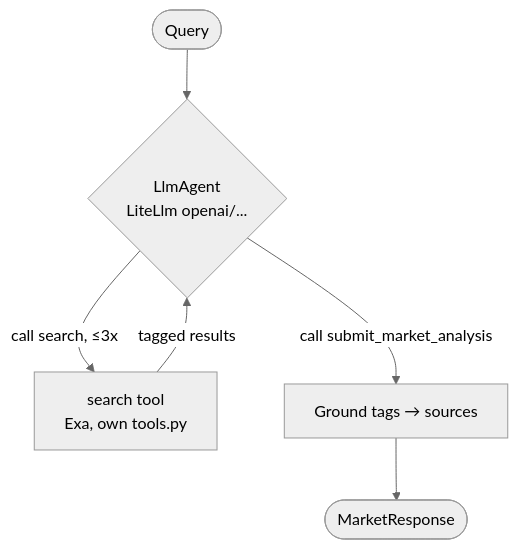
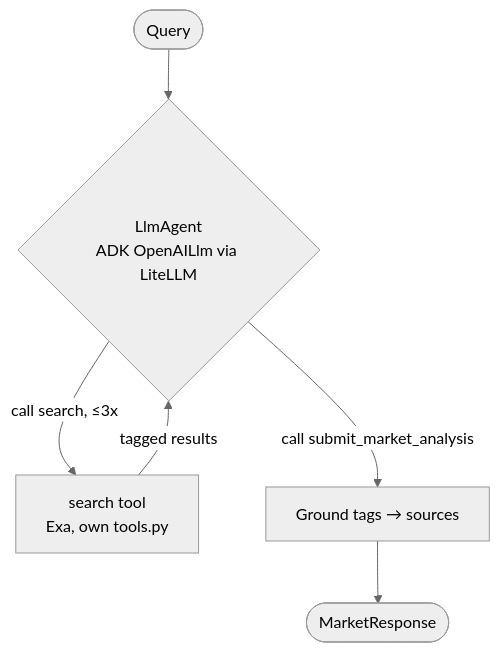
One commit to Anhnguyenk835/multi-agent changed the diagram in services/market-agent/README.md. Above: the diagram before and after it, drawn with Mermaid (neutral theme). The commit also changed other lines of this file and 63 other files, not shown here.

Commit message:
integrate liteLLM LLM-gateway

````diff
--- a/services/market-agent/README.md
+++ b/services/market-agent/README.md
@@ -9,8 +9,8 @@
 ```mermaid
 flowchart TD
-    Q([Query]) --> M{LlmAgent<br/>LiteLlm openai/...}
+    Q([Query]) --> M{LlmAgent<br/>ADK OpenAILlm via LiteLLM}
     M -->|call search, ≤3x| S[search tool<br/>Exa, own tools.py]
     S -->|tagged results| M
     M -->|call submit_market_analysis| G[Ground tags → sources]
     G --> O([MarketResponse])
 ```
````
